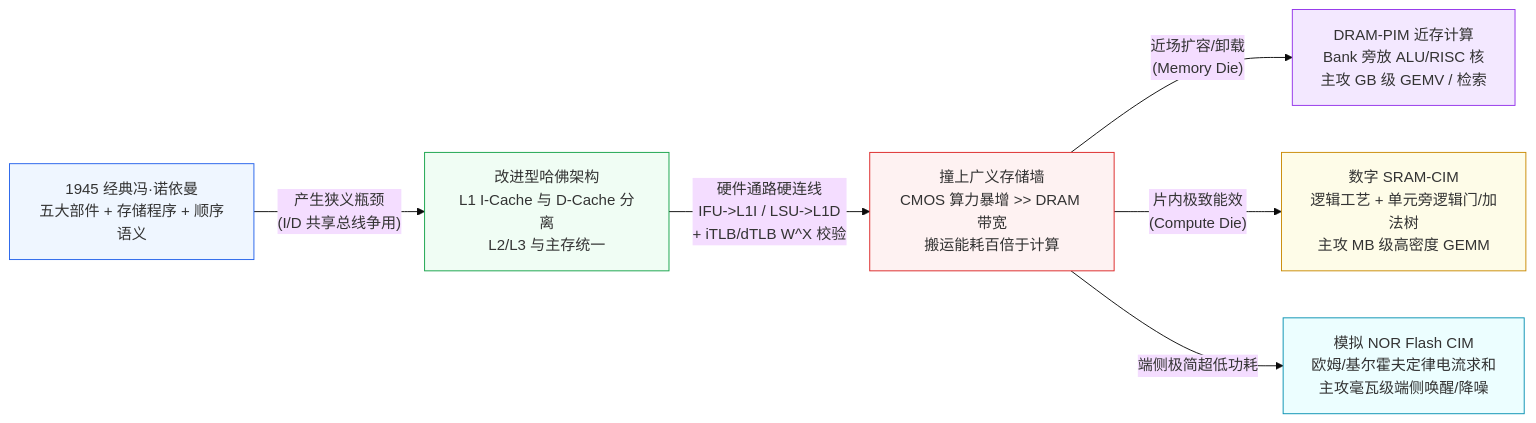
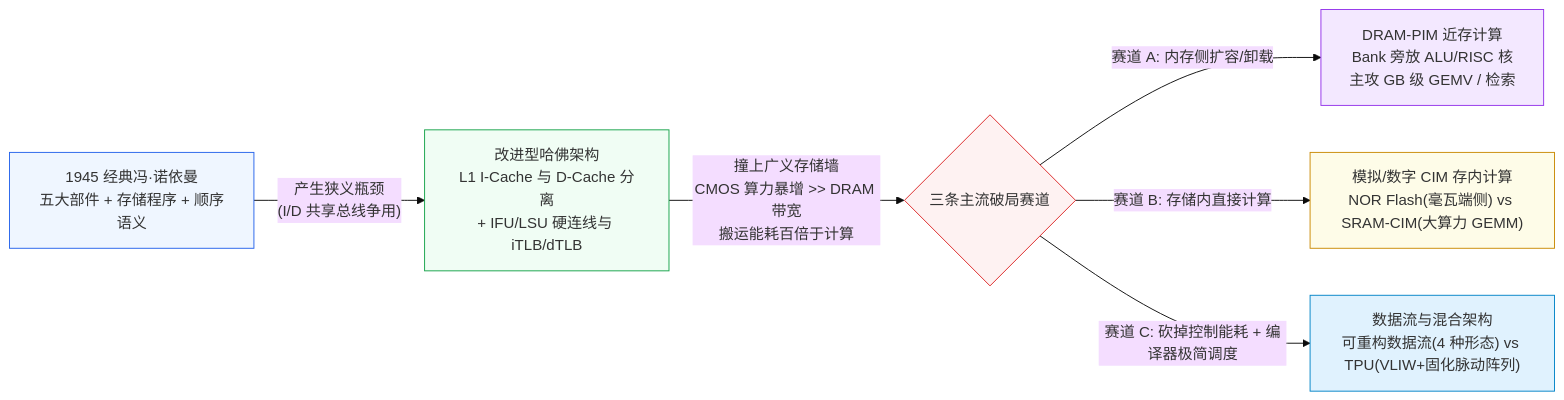
Diagram 12 of 12 in src/content/posts/von-neumann-bottleneck-memory-wall-harvard-cache-and-cim-pim-guide.md (hqu-little-boy/blog), drawn with Mermaid (base theme) before and after one commit. The commit also changed other lines of this file, not shown here.

Commit message:
docs: expand tutorial with dataflow architecture limits, 4 dataflow variants, and Google TPU hybrid design

````diff
--- a/src/content/posts/von-neumann-bottleneck-memory-wall-harvard-cache-and-cim-pim-guide.md
+++ b/src/content/posts/von-neumann-bottleneck-memory-wall-harvard-cache-and-cim-pim-guide.md
@@ -599,15 +804,16 @@
 ```mermaid
 flowchart LR
-    VN["1945 经典冯·诺依曼<br/>五大部件 + 存储程序 + 顺序语义"] -->|"产生狭义瓶颈<br/>(I/D 共享总线争用)"| MH["改进型哈佛架构<br/>L1 I-Cache 与 D-Cache 分离<br/>L2/L3 与主存统一"]
-    MH -->|"硬件通路硬连线<br/>IFU->L1I / LSU->L1D<br/>+ iTLB/dTLB W^X 校验"| MW["撞上广义存储墙<br/>CMOS 算力暴增 >> DRAM 带宽<br/>搬运能耗百倍于计算"]
-    MW -->|"近场扩容/卸载<br/>(Memory Die)"| PIM["DRAM-PIM 近存计算<br/>Bank 旁放 ALU/RISC 核<br/>主攻 GB 级 GEMV / 检索"]
-    MW -->|"片内极致能效<br/>(Compute Die)"| SCIM["数字 SRAM-CIM<br/>逻辑工艺 + 单元旁逻辑门/加法树<br/>主攻 MB 级高密度 GEMM"]
-    MW -->|"端侧极简超低功耗"| ACIM["模拟 NOR Flash CIM<br/>欧姆/基尔霍夫定律电流求和<br/>主攻毫瓦级端侧唤醒/降噪"]
+    VN["1945 经典冯·诺依曼<br/>五大部件 + 存储程序 + 顺序语义"] -->|"产生狭义瓶颈<br/>(I/D 共享总线争用)"| MH["改进型哈佛架构<br/>L1 I-Cache 与 D-Cache 分离<br/>+ IFU/LSU 硬连线与 iTLB/dTLB"]
+    MH -->|"撞上广义存储墙<br/>CMOS 算力暴增 >> DRAM 带宽<br/>搬运能耗百倍于计算"| SPLIT{"三条主流破局赛道"}
+
+    SPLIT -->|"赛道 A: 内存侧扩容/卸载"| PIM["DRAM-PIM 近存计算<br/>Bank 旁放 ALU/RISC 核<br/>主攻 GB 级 GEMV / 检索"]
+    SPLIT -->|"赛道 B: 存储内直接计算"| CIM["模拟/数字 CIM 存内计算<br/>NOR Flash(毫瓦端侧) vs SRAM-CIM(大算力 GEMM)"]
+    SPLIT -->|"赛道 C: 砍掉控制能耗 + 编译器极简调度"| DF["数据流与混合架构<br/>可重构数据流(4 种形态) vs TPU(VLIW+固化脉动阵列)"]
 
     style VN fill:#eff6ff,stroke:#2563eb
     style MH fill:#f0fdf4,stroke:#16a34a
-    style MW fill:#fef2f2,stroke:#dc2626
+    style SPLIT fill:#fef2f2,stroke:#dc2626
     style PIM fill:#f3e8ff,stroke:#9333ea
-    style SCIM fill:#fefce8,stroke:#ca8a04
-    style ACIM fill:#ecfeff,stroke:#0891b2
+    style CIM fill:#fefce8,stroke:#ca8a04
+    style DF fill:#e0f2fe,stroke:#0284c7
 ```
````
